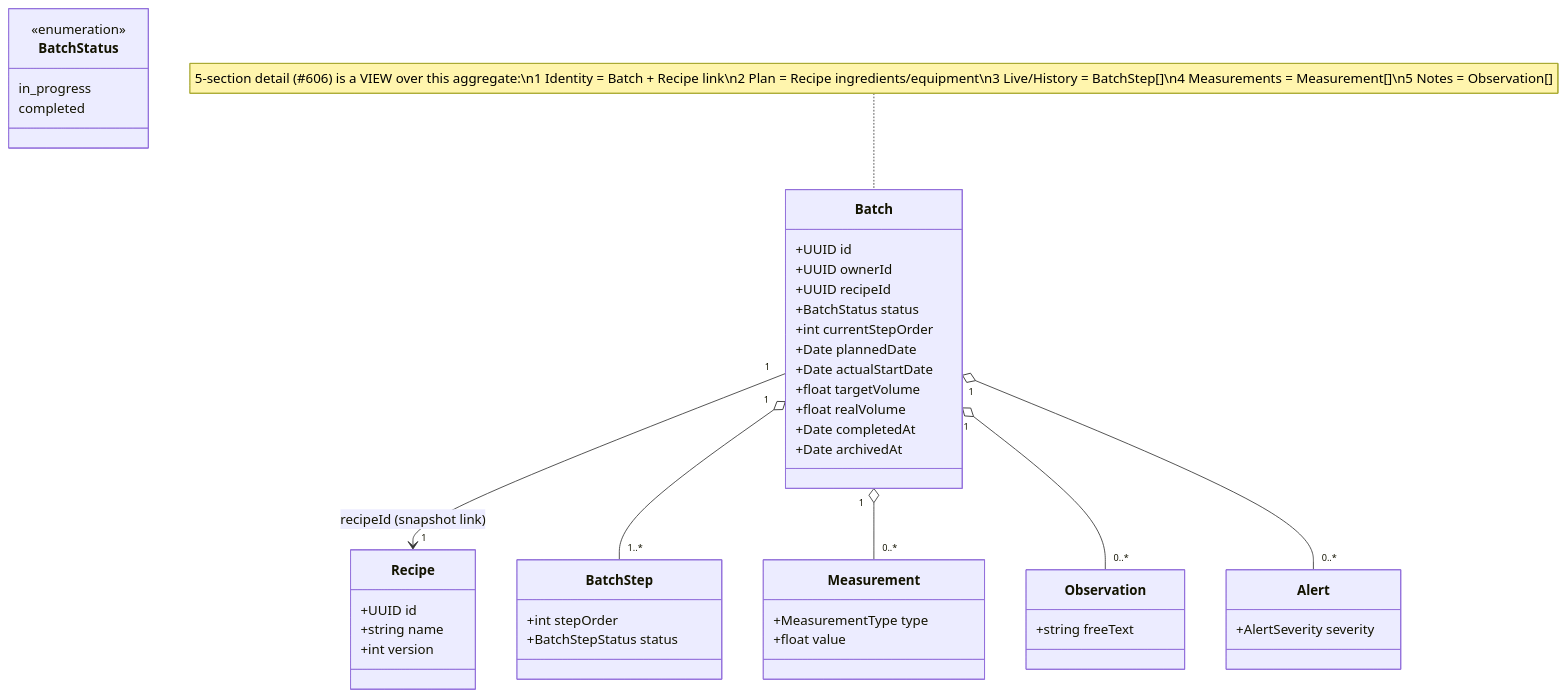
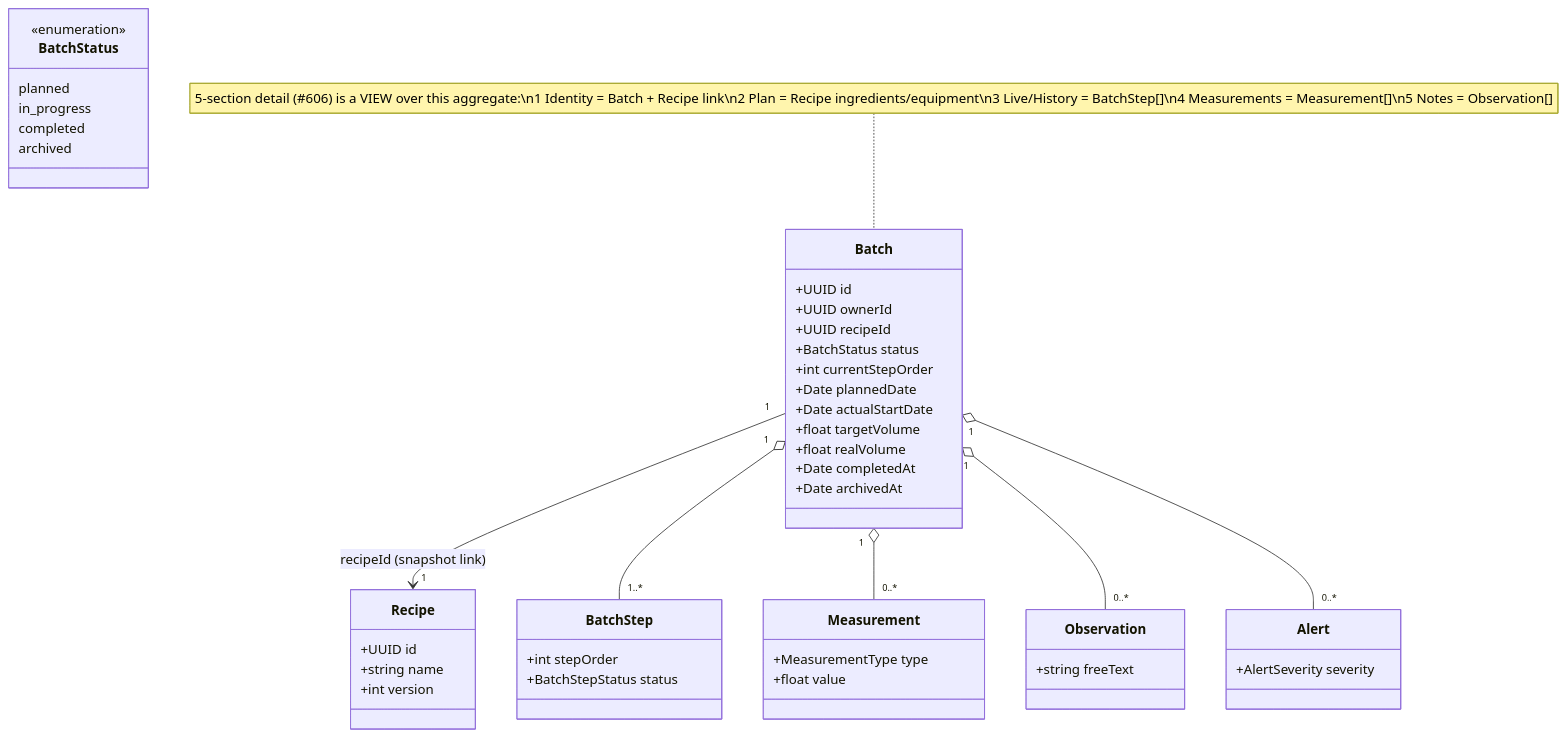
Before and after one commit to benoit-bremaud/brasse-bouillon: the diagram in docs/architecture/diagrams/batches/04-class.md, drawn with Mermaid. The commit also changed other lines of this file and 3 other files, not shown here.

````diff
--- a/docs/architecture/diagrams/batches/04-class.md
+++ b/docs/architecture/diagrams/batches/04-class.md
@@ -17,49 +19,51 @@
 ```mermaid
 classDiagram
   class Batch {
     +UUID id
     +UUID ownerId
     +UUID recipeId
     +BatchStatus status
     +int currentStepOrder
     +Date plannedDate
     +Date actualStartDate
     +float targetVolume
     +float realVolume
     +Date completedAt
     +Date archivedAt
   }
   class Recipe {
     +UUID id
     +string name
     +int version
   }
   class BatchStep {
     +int stepOrder
     +BatchStepStatus status
   }
   class Measurement {
     +MeasurementType type
     +float value
   }
   class Observation {
     +string freeText
   }
   class Alert {
     +AlertSeverity severity
   }
 
   Batch "1" --> "1" Recipe : recipeId (snapshot link)
   Batch "1" o-- "1..*" BatchStep
   Batch "1" o-- "0..*" Measurement
   Batch "1" o-- "0..*" Observation
   Batch "1" o-- "0..*" Alert
 
   note for Batch "5-section detail (#606) is a VIEW over this aggregate:\n1 Identity = Batch + Recipe link\n2 Plan = Recipe ingredients/equipment\n3 Live/History = BatchStep[]\n4 Measurements = Measurement[]\n5 Notes = Observation[]"
 
   class BatchStatus {
     <<enumeration>>
+    planned
     in_progress
     completed
+    archived
   }
 ```
````
